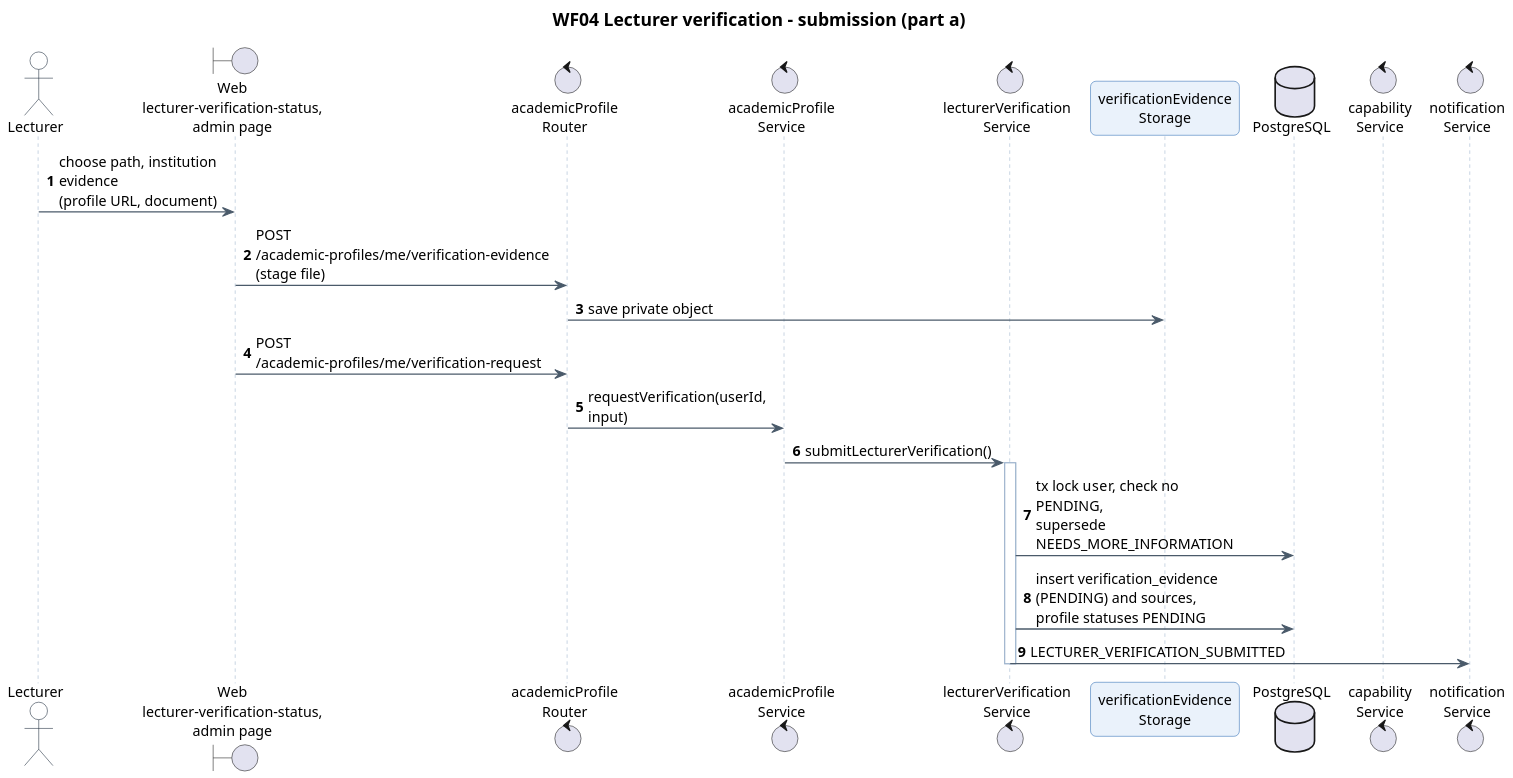
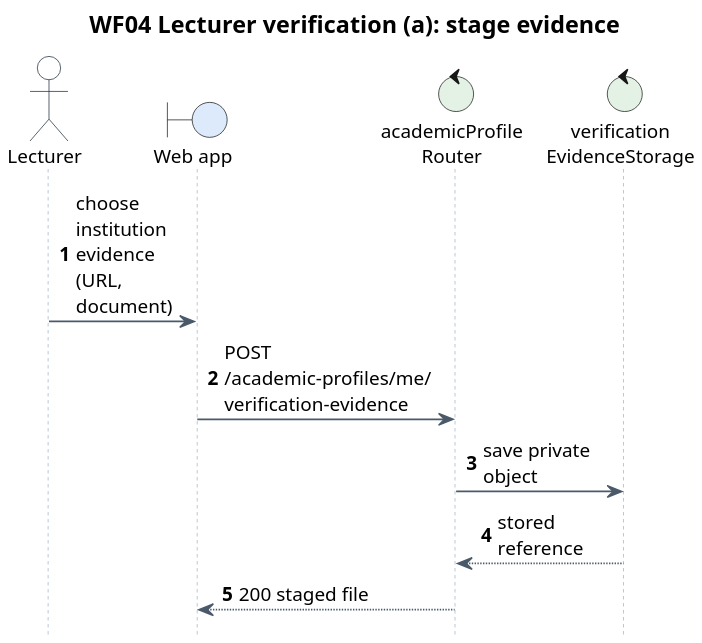
One commit to Khoa-Hoa-Technology-Solution-Company/lumi-gap changed the diagram in docs/diagrams/report4/R4_WF04_Seq_a.puml. Above: the diagram before and after it, drawn with PlantUML. The commit also changed 327 other files, not shown here.

First line of the commit message:
docs: update report diagram sources to main ca8fe4d

```diff
--- a/docs/diagrams/report4/R4_WF04_Seq_a.puml
+++ b/docs/diagrams/report4/R4_WF04_Seq_a.puml
@@ -1,87 +1,82 @@
 @startuml
-skinparam dpi 150
+skinparam dpi 200
 skinparam defaultFontName "Segoe UI"
 skinparam defaultFontSize 13
 skinparam shadowing false
 skinparam roundCorner 10
 skinparam ArrowColor #4A5A6A
 skinparam ArrowThickness 1.2
 skinparam BorderColor #2F6DB5
 skinparam BackgroundColor #FFFFFF
 skinparam TitleFontSize 16
 skinparam TitleFontStyle bold
 skinparam usecase {
   BackgroundColor #EAF2FB
   BorderColor #2F6DB5
 }
 skinparam actor {
   BackgroundColor #FFFFFF
   BorderColor #1B2A3A
 }
 skinparam class {
   BackgroundColor #F7FAFD
   BorderColor #2F6DB5
   HeaderBackgroundColor #DCE8F6
 }
 skinparam state {
   BackgroundColor #EAF2FB
   BorderColor #2F6DB5
 }
 skinparam activity {
   BackgroundColor #EAF2FB
   BorderColor #2F6DB5
   DiamondBackgroundColor #FFF4E5
 }
 skinparam swimlane {
   BorderColor #9DB3CC
   TitleBackgroundColor #DCE8F6
 }
 skinparam sequence {
   ParticipantBackgroundColor #EAF2FB
   ParticipantBorderColor #2F6DB5
   LifeLineBorderColor #9DB3CC
   GroupBackgroundColor #F4F7FA
 }
 skinparam package {
   BackgroundColor #F7F9FC
   BorderColor #9DB3CC
 }
 skinparam note {
   BackgroundColor #FFF9E5
   BorderColor #E0B200
 }
 skinparam entity {
   BackgroundColor #F7FAFD
   BorderColor #2F6DB5
 }
 skinparam rectangle {
   BackgroundColor #F7F9FC
   BorderColor #2F6DB5
 }
-title WF04 Lecturer verification - submission (part a)
-skinparam maxMessageSize 170
-skinparam ParticipantPadding 2
+skinparam maxMessageSize 100
+skinparam ParticipantPadding 0
 skinparam BoxPadding 2
 skinparam sequenceMessageAlign left
+skinparam responseMessageBelowArrow true
+skinparam SequenceGroupBodyBackgroundColor transparent
+skinparam SequenceGroupBackgroundColor #F4F7FA
+skinparam SequenceDividerBackgroundColor #DCE8F6
+skinparam NoteFontSize 12
+hide footbox
 autonumber
+title WF04 Lecturer verification (a): stage evidence
 actor "Lecturer" as L
-boundary "Web\nlecturer-verification-status,\nadmin page" as W
-control "academicProfile\nRouter" as R
-control "academicProfile\nService" as P
-control "lecturerVerification\nService" as LV
-participant "verificationEvidence\nStorage" as ST
-database "PostgreSQL" as DB
-control "capability\nService" as C
-control "notification\nService" as N
-L -> W : choose path, institution evidence\n(profile URL, document)
-W -> R : POST /academic-profiles/me/verification-evidence\n(stage file)
+boundary "Web app" as W #DCEAFB
+control "academicProfile\nRouter" as R #E3F2E5
+control "verification\nEvidenceStorage" as ST #E3F2E5
+L -> W : choose institution evidence\n(URL, document)
+W -> R : POST /academic-profiles/me/\nverification-evidence
 R -> ST : save private object
-W -> R : POST /academic-profiles/me/verification-request
-R -> P : requestVerification(userId, input)
-P -> LV : submitLecturerVerification()
-activate LV
-LV -> DB : tx lock user, check no PENDING,\nsupersede NEEDS_MORE_INFORMATION
-LV -> DB : insert verification_evidence (PENDING) and sources,\nprofile statuses PENDING
-LV -> N : LECTURER_VERIFICATION_SUBMITTED
-deactivate LV
+ST --> R : stored reference
+R --> W : 200 staged file
 @enduml
```
